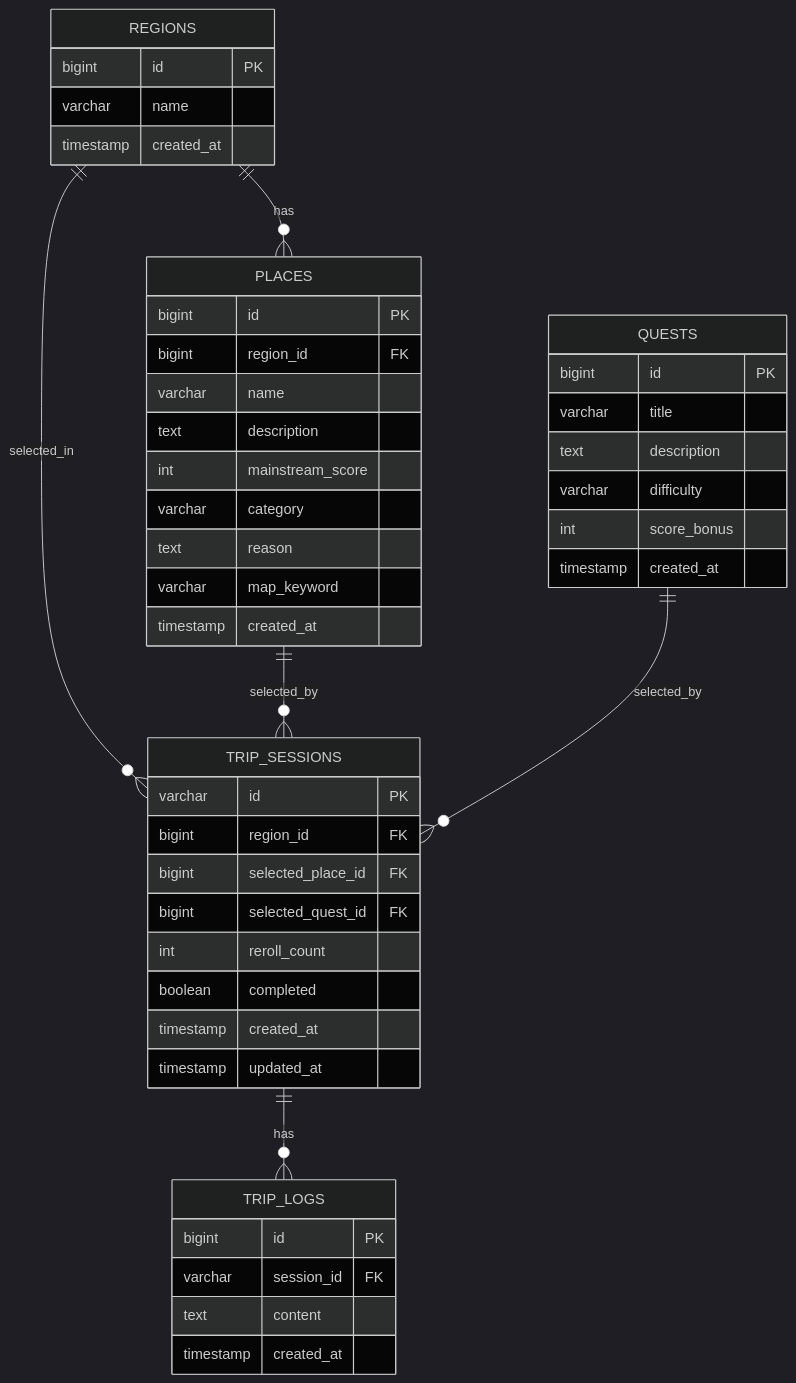
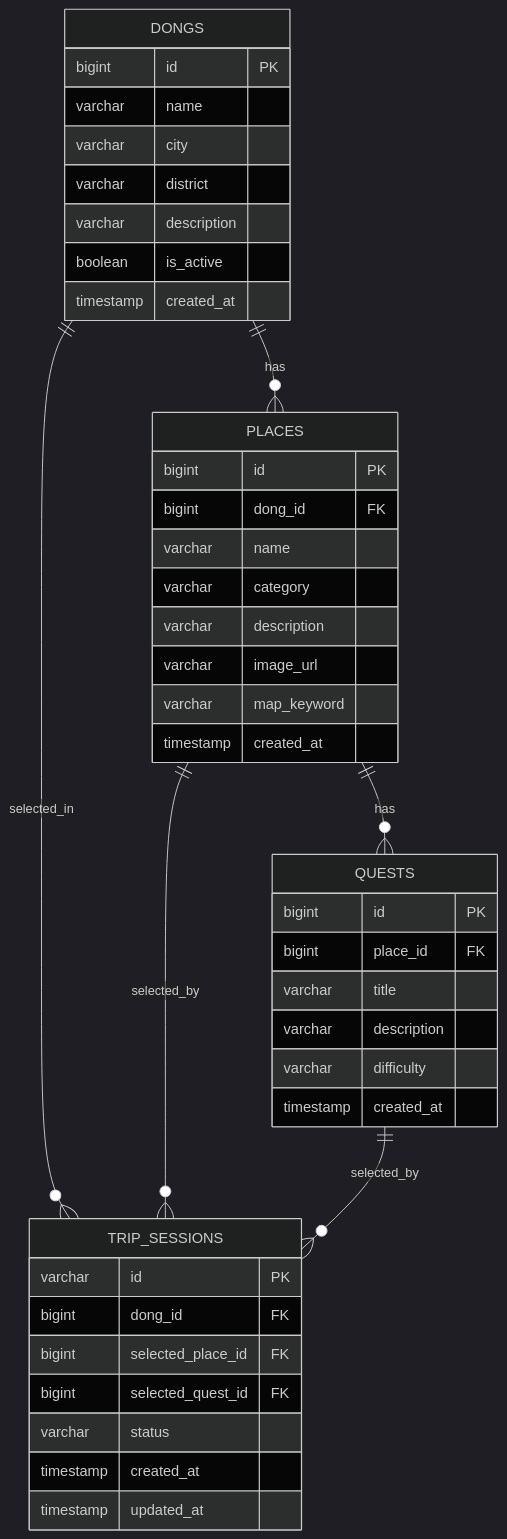
The diagram in src/main/docs/핀트립_ERD.md (Pintrip/Pintip_BE), drawn with Mermaid (dark theme) before and after one commit. The commit also changed other lines of this file and 10 other files, not shown here.

````diff
--- a/src/main/docs/핀트립_ERD.md
+++ b/src/main/docs/핀트립_ERD.md
@@ -10,53 +10,48 @@
 ```mermaid
 erDiagram
-    REGIONS ||--o{ PLACES : has
-    REGIONS ||--o{ TRIP_SESSIONS : selected_in
-    PLACES  ||--o{ TRIP_SESSIONS : selected_by
-    QUESTS  ||--o{ TRIP_SESSIONS : selected_by
-    TRIP_SESSIONS ||--o{ TRIP_LOGS : has
+    DONGS ||--o{ PLACES : has
+    DONGS ||--o{ TRIP_SESSIONS : selected_in
+    PLACES ||--o{ QUESTS : has
+    PLACES ||--o{ TRIP_SESSIONS : selected_by
+    QUESTS ||--o{ TRIP_SESSIONS : selected_by
 
-    REGIONS {
+    DONGS {
         bigint id PK
         varchar name
+        varchar city
+        varchar district
+        varchar description
+        boolean is_active
         timestamp created_at
     }
 
     PLACES {
         bigint id PK
-        bigint region_id FK
+        bigint dong_id FK
         varchar name
-        text description
-        int mainstream_score
         varchar category
-        text reason
+        varchar description
+        varchar image_url
         varchar map_keyword
         timestamp created_at
     }
 
     QUESTS {
         bigint id PK
+        bigint place_id FK
         varchar title
-        text description
+        varchar description
         varchar difficulty
-        int score_bonus
         timestamp created_at
     }
 
     TRIP_SESSIONS {
         varchar id PK
-        bigint region_id FK
+        bigint dong_id FK
         bigint selected_place_id FK
         bigint selected_quest_id FK
-        int reroll_count
-        boolean completed
+        varchar status
         timestamp created_at
         timestamp updated_at
     }
-
-    TRIP_LOGS {
-        bigint id PK
-        varchar session_id FK
-        text content
-        timestamp created_at
-    }
 ```
````
